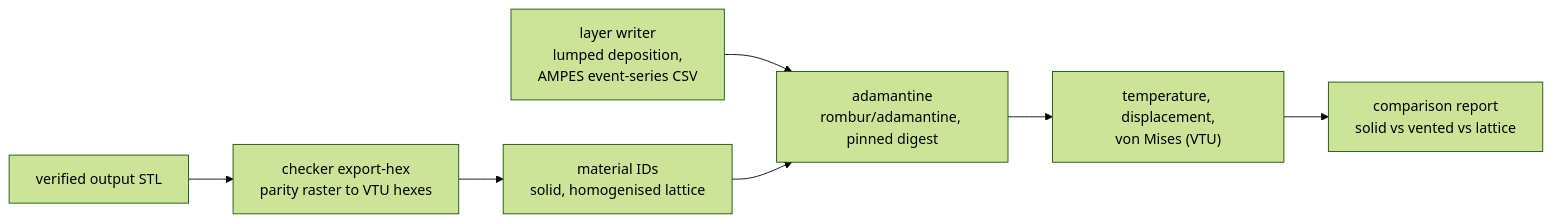
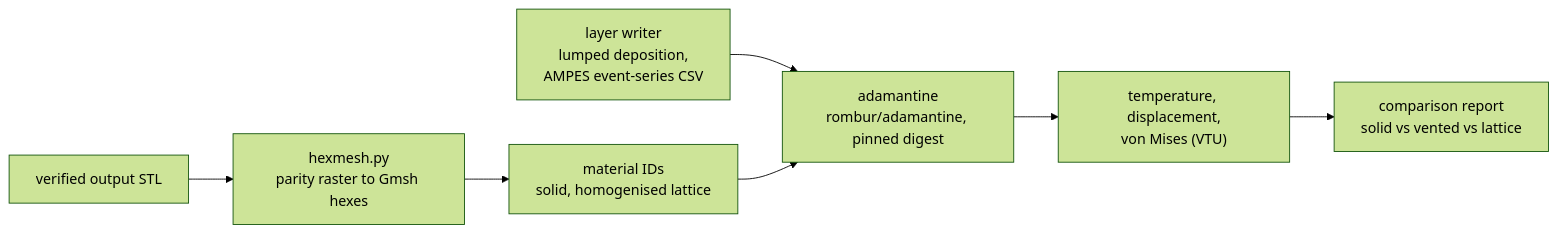
One commit to cluster2600/qwen-picogk changed the third of 3 diagrams in docs/PHYSICS_EVIDENCE_PLAN.md. Above: the diagram before and after it, drawn with Mermaid (forest theme). The commit also changed other lines of this file and 16 other files, not shown here.

First line of the commit message:
Start Phase 3: pinned adamantine, STL-to-hex pipeline and heat-balance check (#16)

````diff
--- a/docs/PHYSICS_EVIDENCE_PLAN.md
+++ b/docs/PHYSICS_EVIDENCE_PLAN.md
@@ -167,9 +180,9 @@
 ```mermaid
 flowchart LR
-    A["verified output STL"] --> B["checker export-hex<br/>parity raster to VTU hexes"]
+    A["verified output STL"] --> B["hexmesh.py<br/>parity raster to Gmsh hexes"]
     B --> C["material IDs<br/>solid, homogenised lattice"]
     D["layer writer<br/>lumped deposition,<br/>AMPES event-series CSV"] --> E["adamantine<br/>rombur/adamantine, pinned digest"]
     C --> E
     E --> F["temperature, displacement,<br/>von Mises (VTU)"]
     F --> G["comparison report<br/>solid vs vented vs lattice"]
 ```
````
